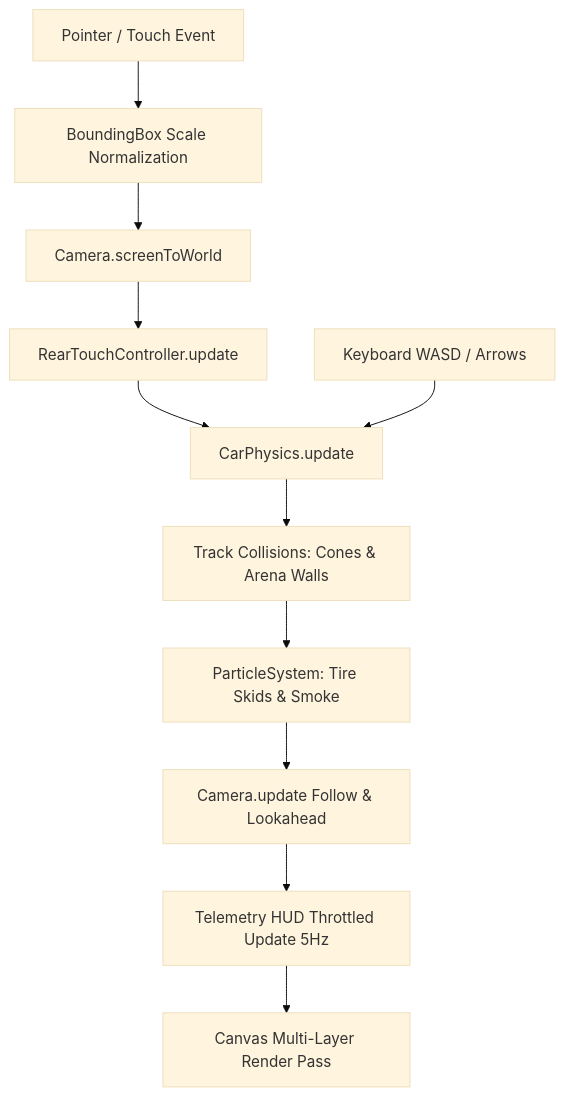
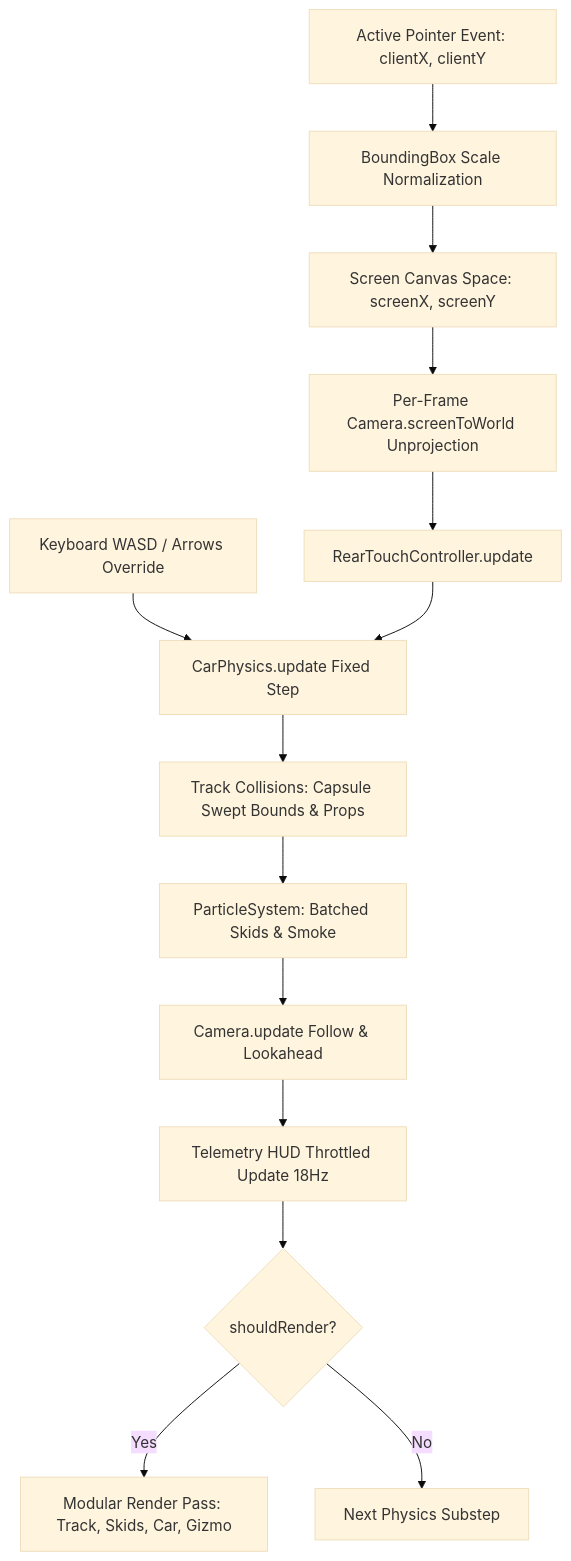
One commit to ishanmanjrekar/topdown-2d-car-engine changed the diagram in docs/ARCHITECTURE.md. Above: the diagram before and after it, drawn with Mermaid (base theme). The commit also changed other lines of this file and 27 other files, not shown here.

Commit message:
feat: implement rear-touch controller, physics engine, rendering modules, and supporting documentation

````diff
--- a/docs/ARCHITECTURE.md
+++ b/docs/ARCHITECTURE.md
@@ -115,13 +123,16 @@
 ```mermaid
 flowchart TD
-    A[Pointer / Touch Event] --> B[BoundingBox Scale Normalization]
-    B --> C[Camera.screenToWorld]
-    C --> D[RearTouchController.update]
-    D --> E[CarPhysics.update]
-    Keyboard[Keyboard WASD / Arrows] --> E
-    E --> F[Track Collisions: Cones & Arena Walls]
-    F --> G[ParticleSystem: Tire Skids & Smoke]
-    G --> H[Camera.update Follow & Lookahead]
-    H --> I[Telemetry HUD Throttled Update 5Hz]
-    I --> J[Canvas Multi-Layer Render Pass]
+    P[Active Pointer Event: clientX, clientY] --> B[BoundingBox Scale Normalization]
+    B --> S[Screen Canvas Space: screenX, screenY]
+    S --> U[Per-Frame Camera.screenToWorld Unprojection]
+    U --> R[RearTouchController.update]
+    Keyboard[Keyboard WASD / Arrows Override] --> C
+    R --> C[CarPhysics.update Fixed Step]
+    C --> T[Track Collisions: Capsule Swept Bounds & Props]
+    T --> PS[ParticleSystem: Batched Skids & Smoke]
+    PS --> Cam[Camera.update Follow & Lookahead]
+    Cam --> HUD[Telemetry HUD Throttled Update 18Hz]
+    HUD --> Render{shouldRender?}
+    Render -- Yes --> Canvas[Modular Render Pass: Track, Skids, Car, Gizmo]
+    Render -- No --> NextStep[Next Physics Substep]
 ```
````
